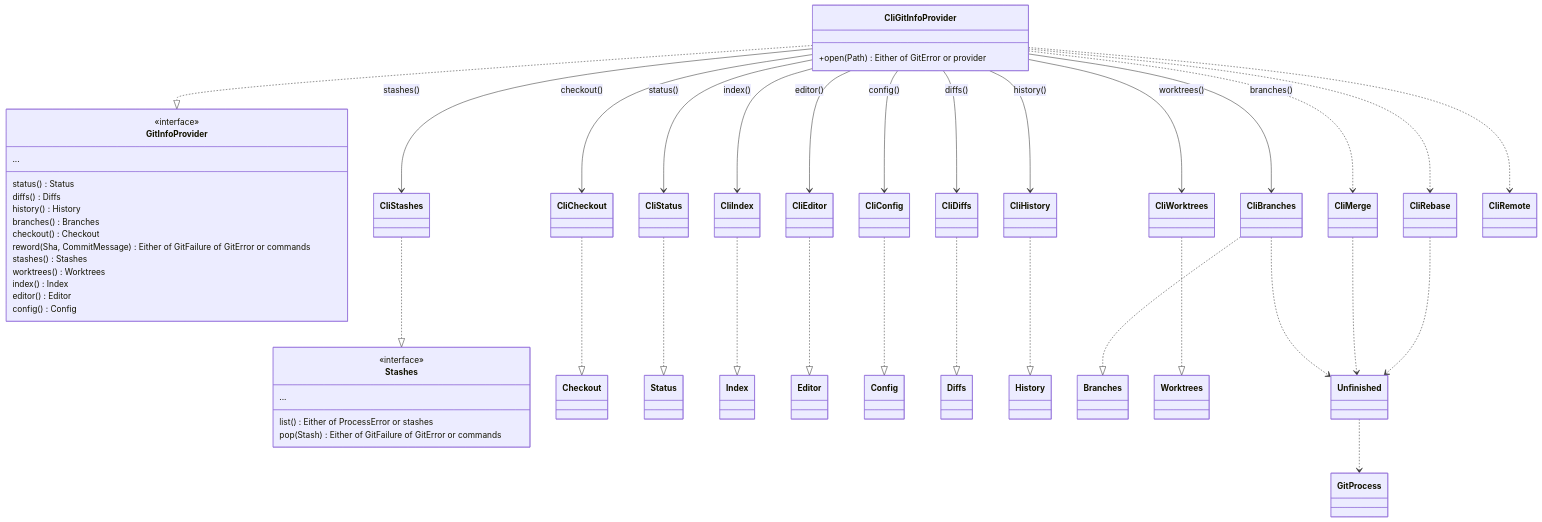
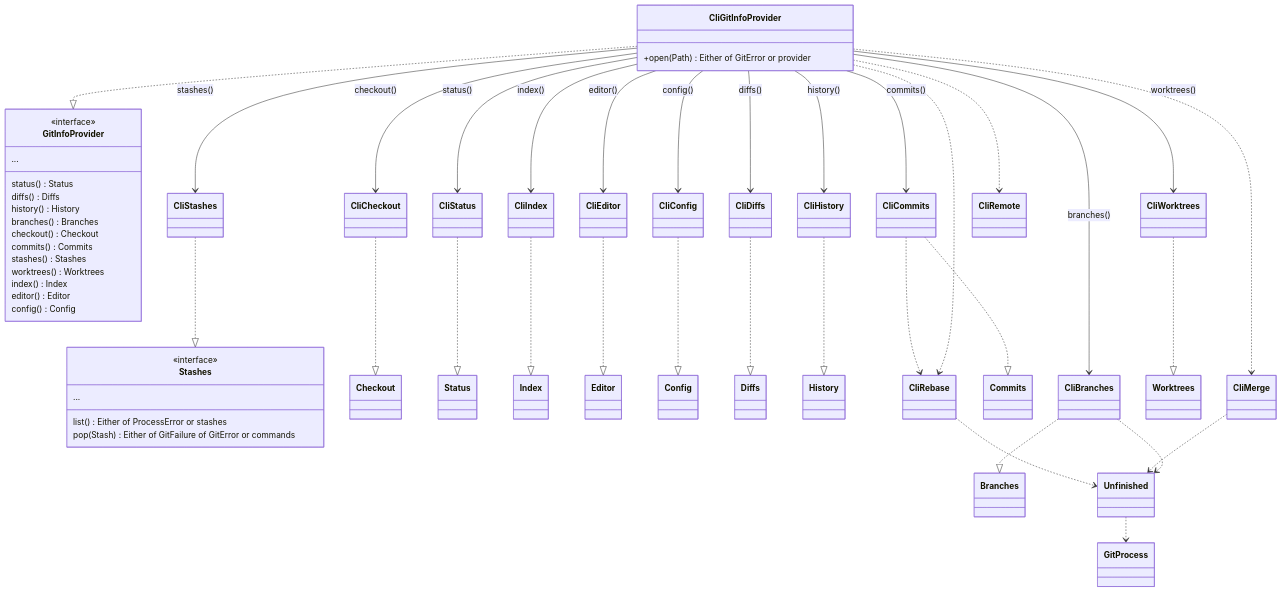
One commit to cvanfleteren/jazygit changed the fourth of 7 diagrams in ARCHITECTURE.md. Above: the diagram before and after it, drawn with Mermaid. The commit also changed 26 other files, not shown here.

First line of the commit message:
The commits are a role of their own: Commits, CliCommits, StubCommits (#294, 1a, 10/13)

````diff
--- a/ARCHITECTURE.md
+++ b/ARCHITECTURE.md
@@ -832,55 +832,58 @@
 ```mermaid
 classDiagram
     class GitInfoProvider {
         <<interface>>
         status() Status
         diffs() Diffs
         history() History
         branches() Branches
         checkout() Checkout
-        reword(Sha, CommitMessage) Either of GitFailure of GitError or commands
+        commits() Commits
         stashes() Stashes
         worktrees() Worktrees
         index() Index
         editor() Editor
         config() Config
         ...
     }
     class CliGitInfoProvider {
         +open(Path) Either of GitError or provider
     }
     class Stashes {
         <<interface>>
         list() Either of ProcessError or stashes
         pop(Stash) Either of GitFailure of GitError or commands
         ...
     }
     CliGitInfoProvider ..|> GitInfoProvider
     CliStashes ..|> Stashes
     CliCheckout ..|> Checkout
     CliStatus ..|> Status
     CliIndex ..|> Index
     CliEditor ..|> Editor
     CliConfig ..|> Config
     CliDiffs ..|> Diffs
     CliHistory ..|> History
     CliBranches ..|> Branches
+    CliCommits ..|> Commits
+    CliGitInfoProvider --> CliCommits : commits()
+    CliCommits ..> CliRebase
     CliGitInfoProvider --> CliEditor : editor()
     CliGitInfoProvider --> CliConfig : config()
     CliWorktrees ..|> Worktrees
     CliGitInfoProvider --> CliWorktrees : worktrees()
     CliGitInfoProvider --> CliStatus : status()
     CliGitInfoProvider --> CliBranches : branches()
     CliGitInfoProvider --> CliHistory : history()
     CliGitInfoProvider --> CliDiffs : diffs()
     CliGitInfoProvider --> CliCheckout : checkout()
     CliGitInfoProvider --> CliIndex : index()
     CliGitInfoProvider ..> CliMerge
     CliGitInfoProvider ..> CliRebase
     CliGitInfoProvider --> CliStashes : stashes()
     CliGitInfoProvider ..> CliRemote
     CliRebase ..> Unfinished
     CliMerge ..> Unfinished
     CliBranches ..> Unfinished
     Unfinished ..> GitProcess
 ```
````
